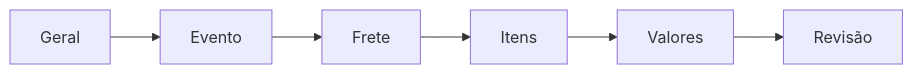
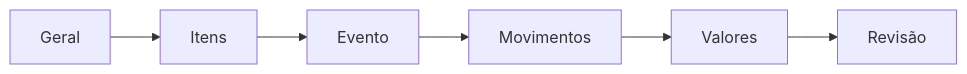
Before and after one commit to LocFlowTeam/locflow-docs: the diagram in orcamentos/criando-um-orcamento.md, drawn with Mermaid. The commit also changed other lines of this file and 16 other files, not shown here.

````diff
--- a/orcamentos/criando-um-orcamento.md
+++ b/orcamentos/criando-um-orcamento.md
@@ -42,8 +42,8 @@
 ```mermaid
 flowchart LR
-    A[Geral] --> B[Evento]
-    B --> C[Frete]
-    C --> D[Itens]
+    A[Geral] --> B[Itens]
+    B --> C[Evento]
+    C --> D[Movimentos]
     D --> E[Valores]
     E --> F[Revisão]
 ```
````
